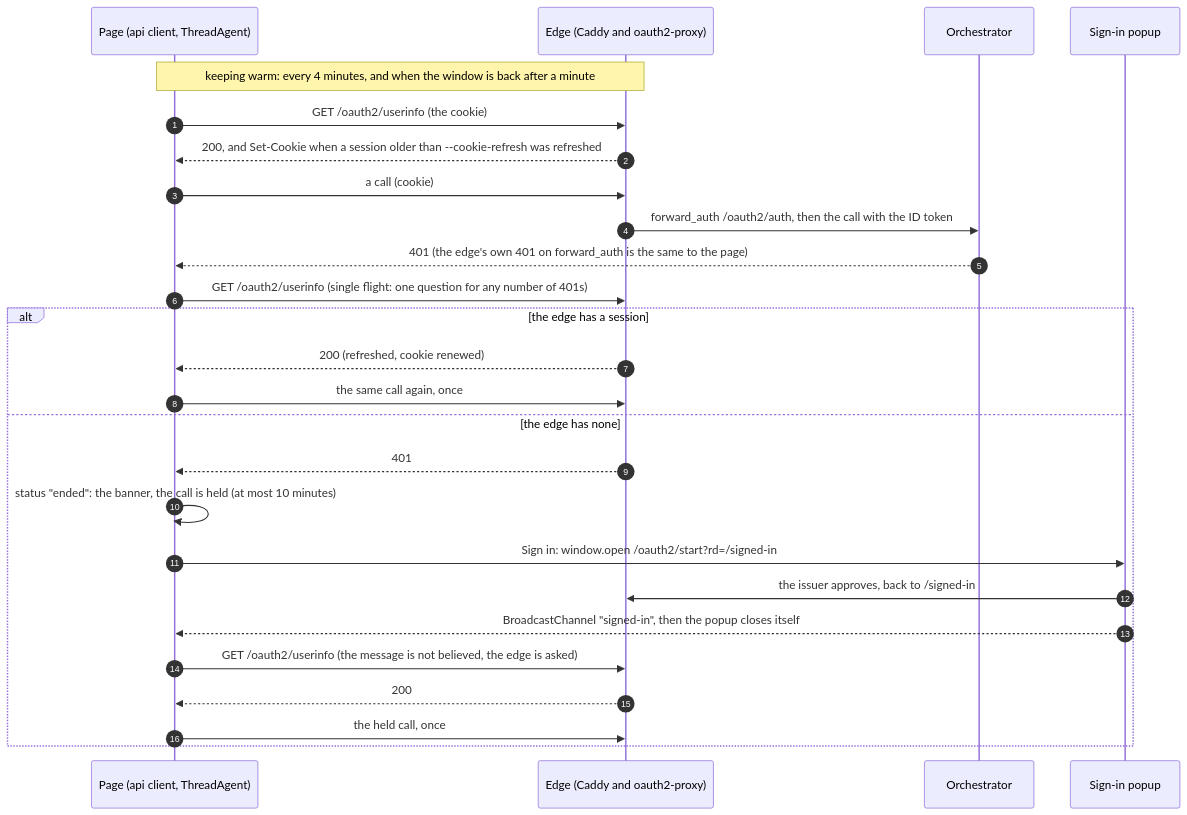
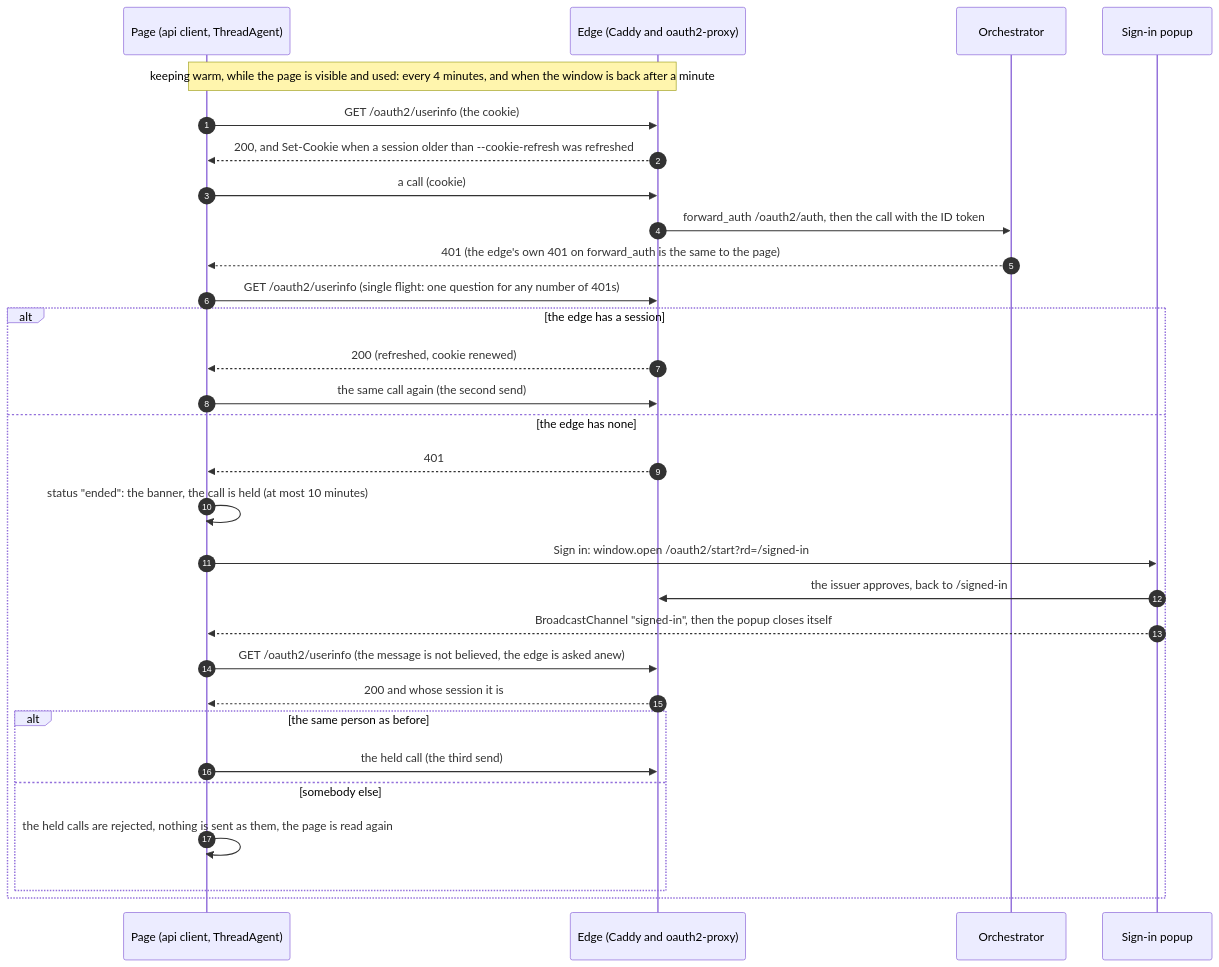
Diagram 17 of 28 in web/README.md (vymalo/another-agentic-system), drawn with Mermaid before and after one commit. The commit also changed other lines of this file, not shown here.

First line of the commit message:
docs(web): why a resend is safe, the idle bound, a different person, and the rotation assumption

````diff
--- a/web/README.md
+++ b/web/README.md
@@ -985,28 +986,32 @@
 ```mermaid
 sequenceDiagram
   autonumber
   participant P as Page (api client, ThreadAgent)
   participant E as Edge (Caddy and oauth2-proxy)
   participant O as Orchestrator
   participant W as Sign-in popup
-  Note over P,E: keeping warm: every 4 minutes, and when the window is back after a minute
+  Note over P,E: keeping warm, while the page is visible and used: every 4 minutes, and when the window is back after a minute
   P->>E: GET /oauth2/userinfo (the cookie)
   E-->>P: 200, and Set-Cookie when a session older than --cookie-refresh was refreshed
   P->>E: a call (cookie)
   E->>O: forward_auth /oauth2/auth, then the call with the ID token
   O-->>P: 401 (the edge's own 401 on forward_auth is the same to the page)
   P->>E: GET /oauth2/userinfo (single flight: one question for any number of 401s)
   alt the edge has a session
     E-->>P: 200 (refreshed, cookie renewed)
-    P->>E: the same call again, once
+    P->>E: the same call again (the second send)
   else the edge has none
     E-->>P: 401
     P->>P: status "ended": the banner, the call is held (at most 10 minutes)
     P->>W: Sign in: window.open /oauth2/start?rd=/signed-in
     W->>E: the issuer approves, back to /signed-in
     W-->>P: BroadcastChannel "signed-in", then the popup closes itself
-    P->>E: GET /oauth2/userinfo (the message is not believed, the edge is asked)
-    E-->>P: 200
-    P->>E: the held call, once
+    P->>E: GET /oauth2/userinfo (the message is not believed, the edge is asked anew)
+    E-->>P: 200 and whose session it is
+    alt the same person as before
+      P->>E: the held call (the third send)
+    else somebody else
+      P->>P: the held calls are rejected, nothing is sent as them, the page is read again
+    end
   end
 ```
````
